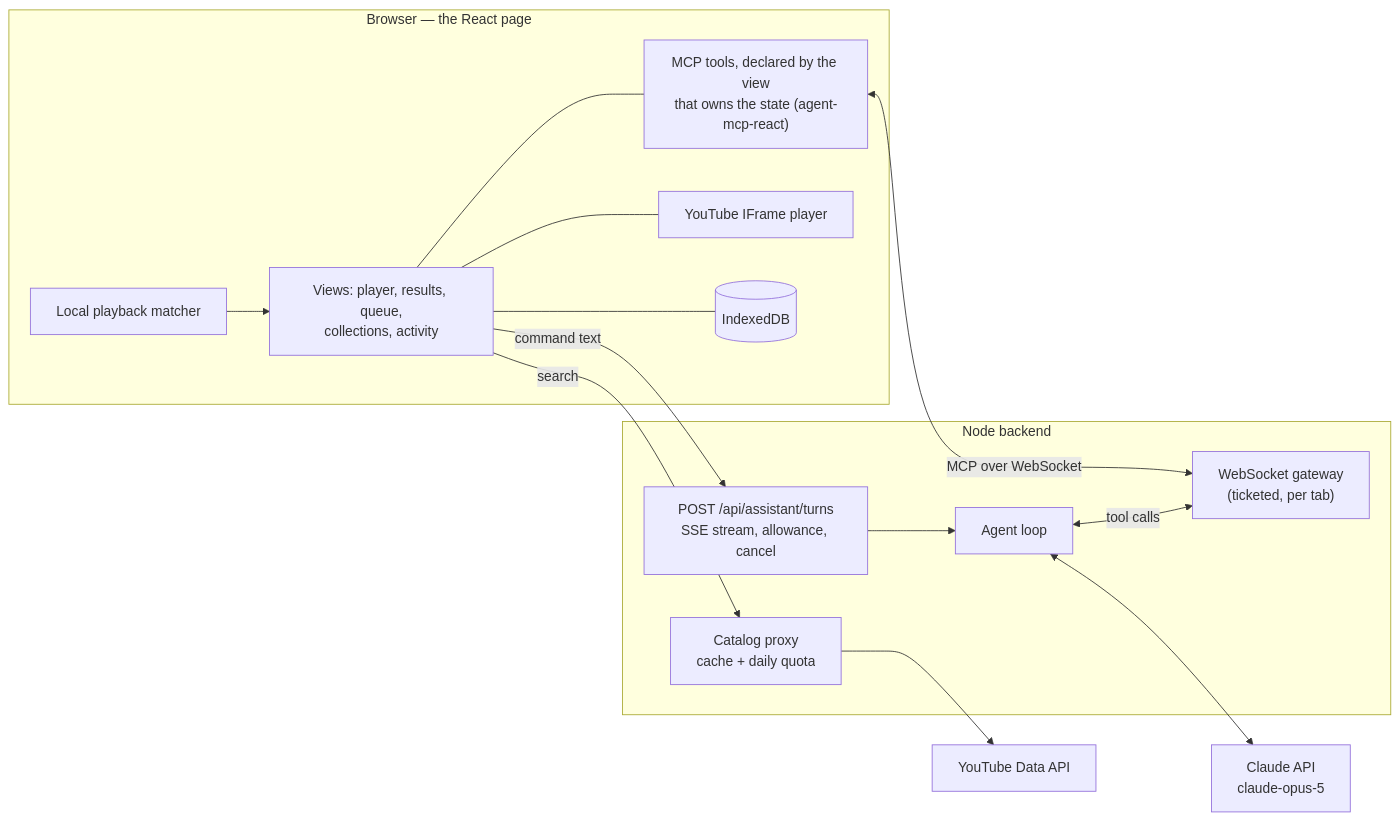
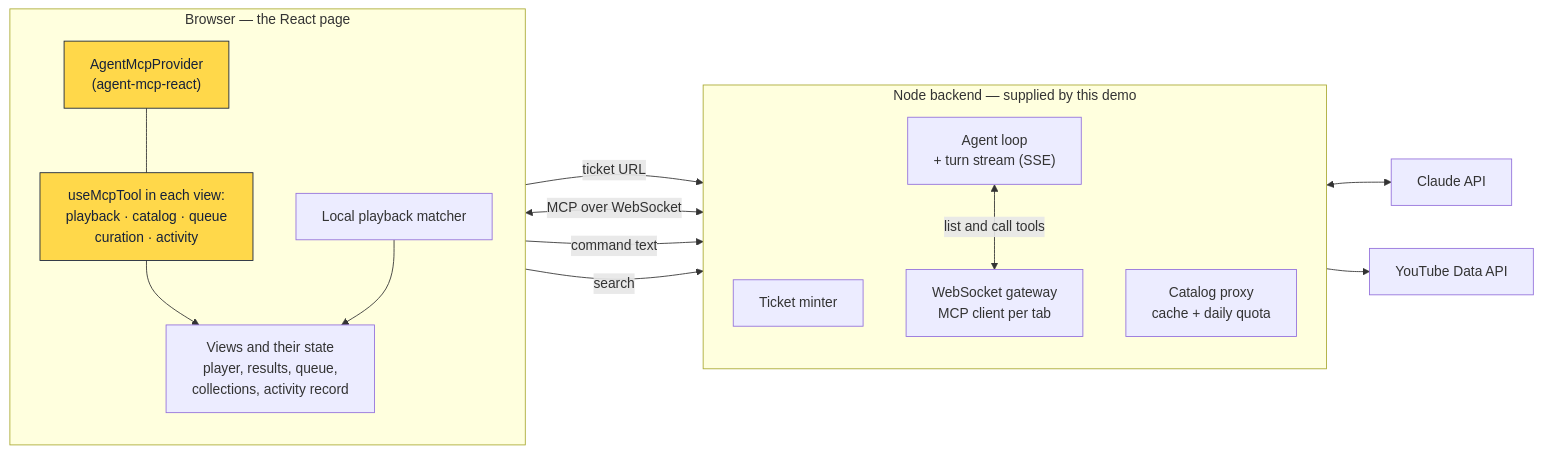
The diagram in README.md (nickkvasov/agent-mpc-voice-control), drawn with Mermaid before and after one commit. The commit also changed other lines of this file, not shown here.

First line of the commit message:
README: lead with agent-mcp-react as the demo's engine

````diff
--- a/README.md
+++ b/README.md
@@ -22,29 +45,32 @@
 ```mermaid
 flowchart LR
   subgraph Browser["Browser — the React page"]
-    Views["Views: player, results, queue,<br/>collections, activity"]
-    Tools["MCP tools, declared by the view<br/>that owns the state (agent-mcp-react)"]
+    direction TB
+    Provider["AgentMcpProvider<br/>(agent-mcp-react)"]
+    Tools["useMcpTool in each view:<br/>playback · catalog · queue<br/>curation · activity"]
+    Views["Views and their state<br/>player, results, queue,<br/>collections, activity record"]
     Matcher["Local playback matcher"]
-    Player["YouTube IFrame player"]
-    Store[("IndexedDB")]
-    Views --- Tools
-    Views --- Player
-    Views --- Store
+    Tools --> Views
+    Provider --- Tools
     Matcher --> Views
   end
 
-  subgraph Backend["Node backend"]
-    Gateway["WebSocket gateway<br/>(ticketed, per tab)"]
-    Turns["POST /api/assistant/turns<br/>SSE stream, allowance, cancel"]
-    Agent["Agent loop"]
+  subgraph Backend["Node backend — supplied by this demo"]
+    direction TB
+    Ticket["Ticket minter"]
+    Gateway["WebSocket gateway<br/>MCP client per tab"]
+    Agent["Agent loop<br/>+ turn stream (SSE)"]
     Proxy["Catalog proxy<br/>cache + daily quota"]
   end
 
-  Tools <-->|MCP over WebSocket| Gateway
-  Views -->|command text| Turns
-  Turns --> Agent
-  Agent <-->|tool calls| Gateway
-  Agent <--> Claude["Claude API<br/>claude-opus-5"]
+  Provider -->|ticket URL| Ticket
+  Provider <-->|MCP over WebSocket| Gateway
+  Views -->|command text| Agent
+  Agent <-->|list and call tools| Gateway
+  Agent <--> Claude["Claude API"]
   Views -->|search| Proxy
   Proxy --> YouTube["YouTube Data API"]
+
+  classDef engine fill:#ffd84a,stroke:#16213a,color:#16213a;
+  class Provider,Tools engine;
 ```
````
